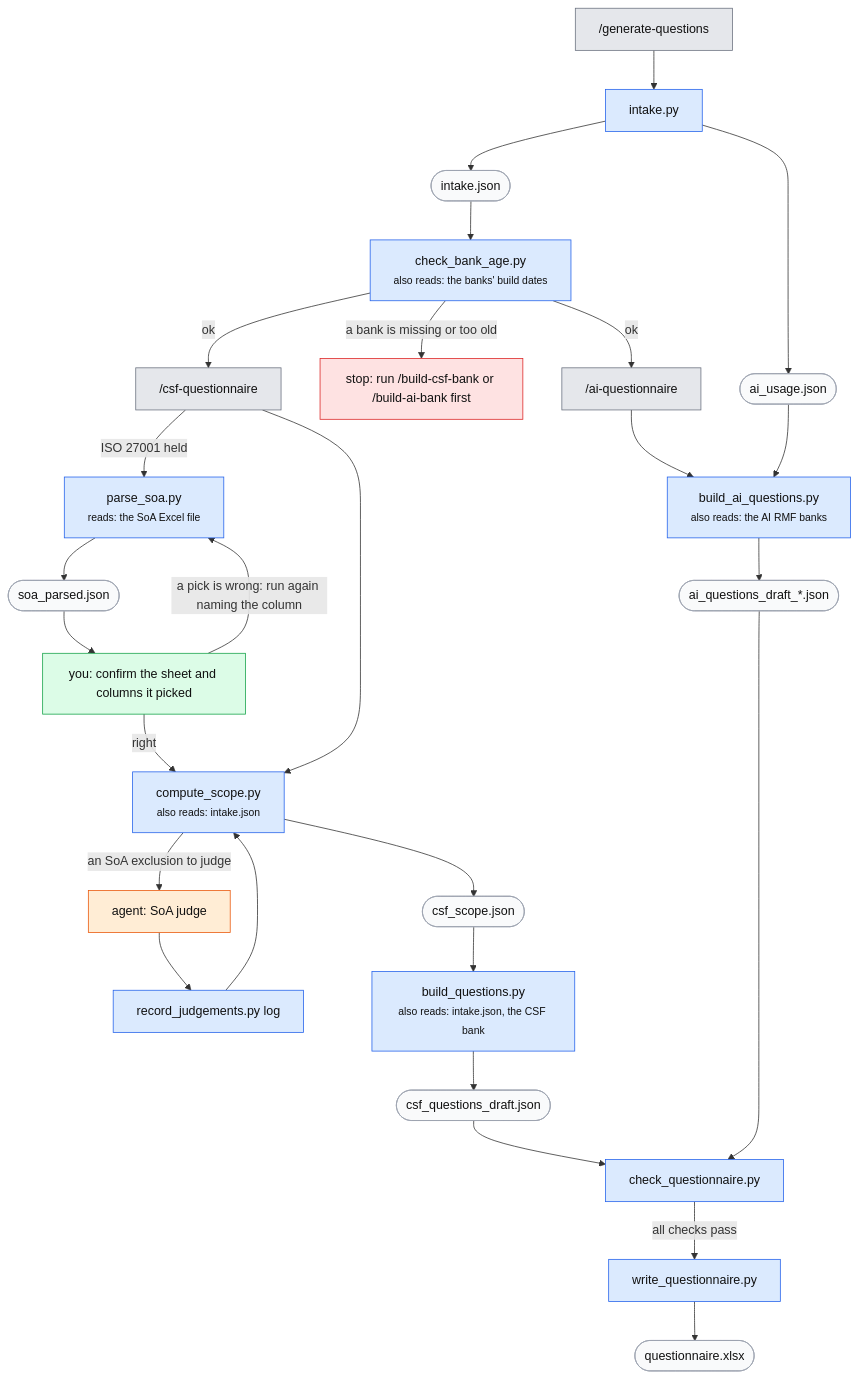
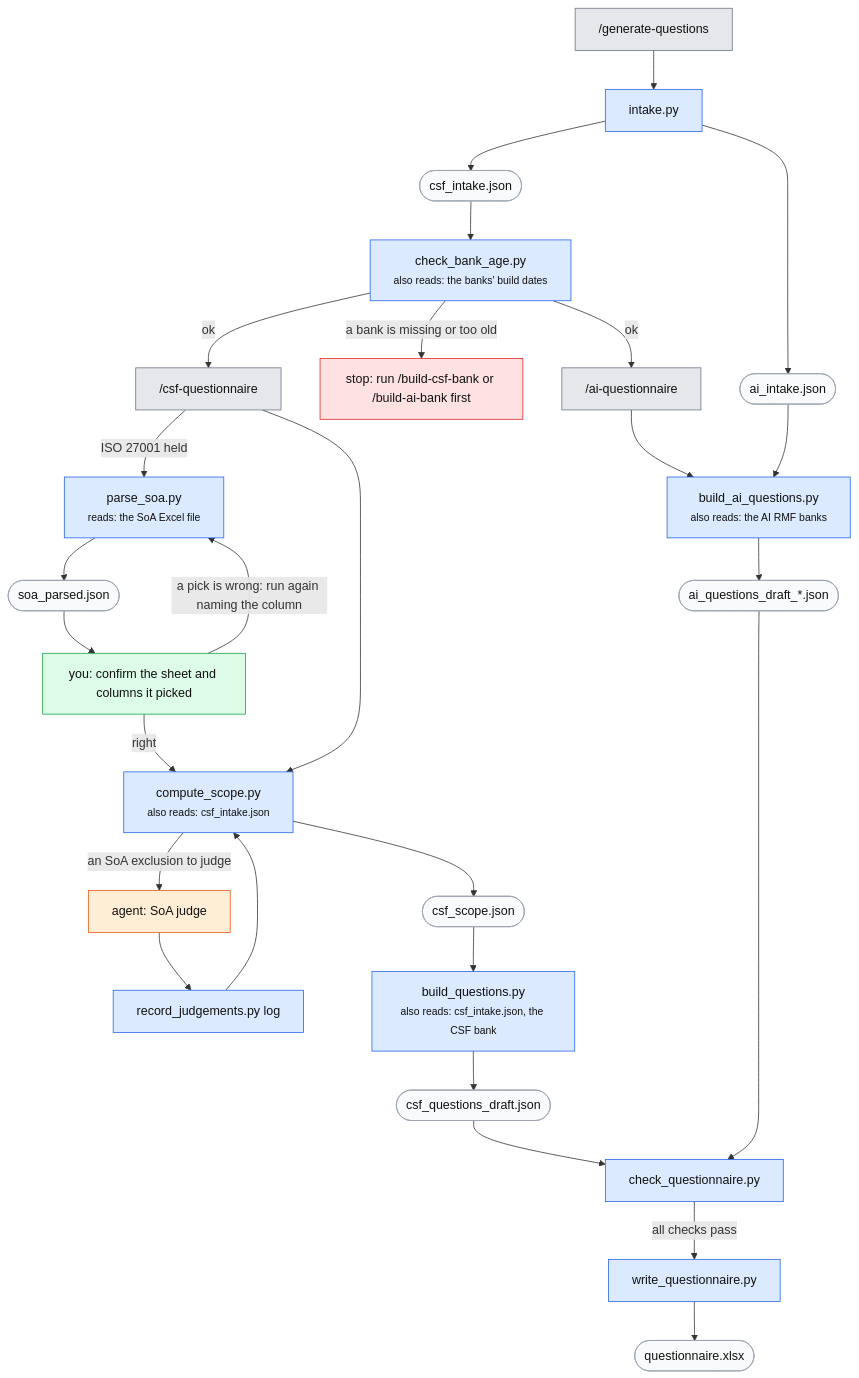
One commit to srilekha82/csf-ai-self-assessment changed the first of 3 diagrams in docs/guide.md. Above: the diagram before and after it, drawn with Mermaid. The commit also changed other lines of this file and 20 other files, not shown here.

First line of the commit message:
Intake: csf_intake.json and ai_intake.json, drop unused answers

````diff
--- a/docs/guide.md
+++ b/docs/guide.md
@@ -108,35 +108,35 @@
 ```mermaid
 flowchart TD
     GQ["/generate-questions"]:::cmd --> IN[intake.py]:::script
-    IN --> INT([intake.json]):::file
-    IN --> USE([ai_usage.json]):::file
+    IN --> INT([csf_intake.json]):::file
+    IN --> USE([ai_intake.json]):::file
     INT --> AGE["check_bank_age.py<br/><small>also reads: the banks' build dates</small>"]:::script
     AGE -- "a bank is missing or too old" --> STOP["stop: run /build-csf-bank or /build-ai-bank first"]:::stop
     AGE -- ok --> CQ["/csf-questionnaire"]:::cmd
     AGE -- ok --> AQ["/ai-questionnaire"]:::cmd
 
     CQ -- "ISO 27001 held" --> SOA["parse_soa.py<br/><small>reads: the SoA Excel file</small>"]:::script --> SOAJ([soa_parsed.json]):::file
     SOAJ --> OK1["you: confirm the sheet and columns it picked"]:::you
     OK1 -- "a pick is wrong: run again naming the column" --> SOA
-    OK1 -- right --> SC["compute_scope.py<br/><small>also reads: intake.json</small>"]:::script
+    OK1 -- right --> SC["compute_scope.py<br/><small>also reads: csf_intake.json</small>"]:::script
     CQ --> SC
     SC -- "an SoA exclusion to judge" --> J["agent: SoA judge"]:::agent --> RJ[record_judgements.py log]:::script --> SC
-    SC --> SCJ([csf_scope.json]):::file --> BQ["build_questions.py<br/><small>also reads: intake.json, the CSF bank</small>"]:::script
+    SC --> SCJ([csf_scope.json]):::file --> BQ["build_questions.py<br/><small>also reads: csf_intake.json, the CSF bank</small>"]:::script
     BQ --> CD([csf_questions_draft.json]):::file
 
     AQ --> BAQ["build_ai_questions.py<br/><small>also reads: the AI RMF banks</small>"]:::script
     USE --> BAQ
     BAQ --> AD([ai_questions_draft_*.json]):::file
 
     CD --> CHK[check_questionnaire.py]:::script
     AD --> CHK
     CHK -- "all checks pass" --> WQ[write_questionnaire.py]:::script --> X([questionnaire.xlsx]):::file
 
     classDef cmd fill:#e5e7eb,stroke:#6b7280,color:#111
     classDef script fill:#dbeafe,stroke:#2563eb,color:#111
     classDef agent fill:#ffedd5,stroke:#ea580c,color:#111
     classDef you fill:#dcfce7,stroke:#16a34a,color:#111
     classDef file fill:#f9fafb,stroke:#9ca3af,color:#111
     classDef stop fill:#fee2e2,stroke:#dc2626,color:#111
     classDef you fill:#dcfce7,stroke:#16a34a,color:#111
 ```
````
